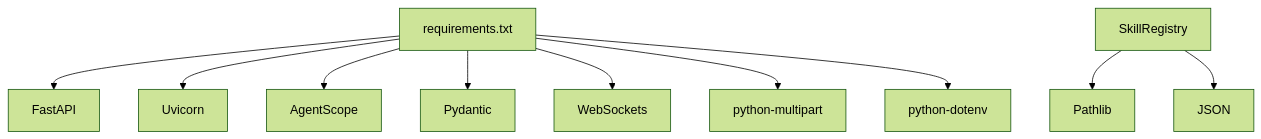
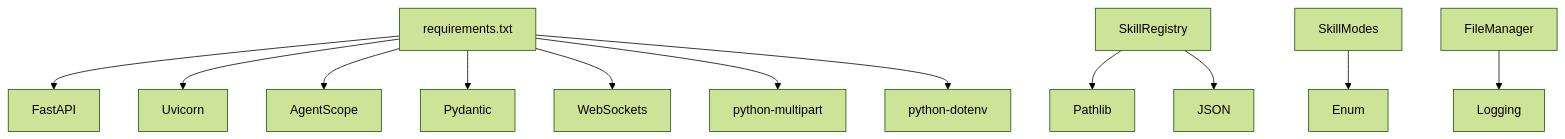
Before and after one commit to zhangdahai112/LocalManus: diagram 14 of 14 in .qoder/repowiki/zh/content/技能管理系统/技能管理系统.md, drawn with Mermaid (forest theme). The commit also changed other lines of this file and 19 other files, not shown here.

````diff
--- a/.qoder/repowiki/zh/content/技能管理系统/技能管理系统.md
+++ b/.qoder/repowiki/zh/content/技能管理系统/技能管理系统.md
@@ -595,14 +623,18 @@
 ```mermaid
 graph TB
 RM["requirements.txt"]
 RM --> FA["FastAPI"]
 RM --> UV["Uvicorn"]
 RM --> AS["AgentScope"]
 RM --> PD["Pydantic"]
 RM --> WS["WebSockets"]
 RM --> PM["python-multipart"]
 RM --> DOT["python-dotenv"]
 SR["SkillRegistry"]
 SR --> PATH["Pathlib"]
 SR --> JSON["JSON"]
+SD["SkillModes"]
+SD --> ENUM["Enum"]
+FM["FileManager"]
+FM --> LOG["Logging"]
 ```
````
